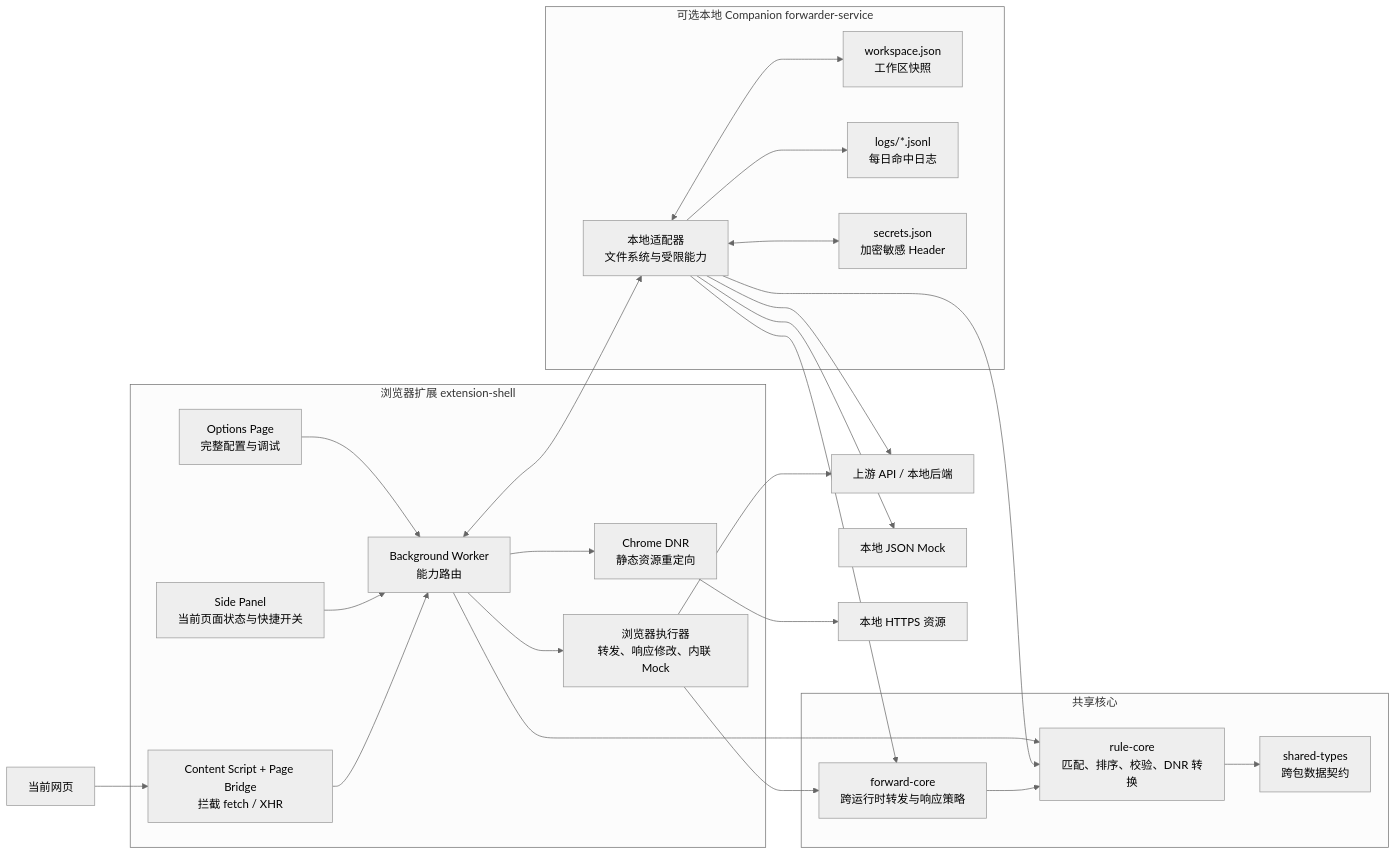
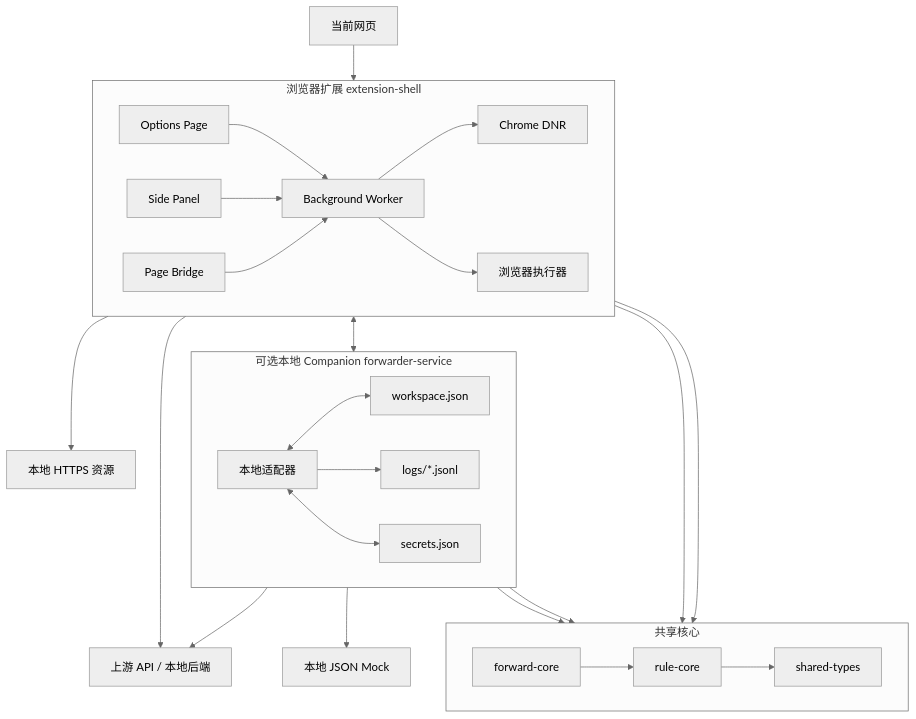
The first of 4 diagrams in README.zh-CN.md (real-jacket/resource-forwarder), drawn with Mermaid (neutral theme) before and after one commit. The commit also changed other lines of this file and 1 other file, not shown here.

Commit message:
docs: fix GitHub flowchart rendering

````diff
--- a/README.zh-CN.md
+++ b/README.zh-CN.md
@@ -85,50 +85,53 @@
 ```mermaid
-flowchart LR
+flowchart TB
   subgraph Extension["浏览器扩展 extension-shell"]
-    Options["Options Page<br/>完整配置与调试"]
-    SidePanel["Side Panel<br/>当前页面状态与快捷开关"]
-    Background["Background Worker<br/>能力路由"]
-    BrowserExecutor["浏览器执行器<br/>转发、响应修改、内联 Mock"]
-    Bridge["Content Script + Page Bridge<br/>拦截 fetch / XHR"]
-    DNR["Chrome DNR<br/>静态资源重定向"]
+    direction LR
+    Options["Options Page"]
+    SidePanel["Side Panel"]
+    Bridge["Page Bridge"]
+    Background["Background Worker"]
+    BrowserExecutor["浏览器执行器"]
+    DNR["Chrome DNR"]
   end
 
   subgraph Core["共享核心"]
-    Types["shared-types<br/>跨包数据契约"]
-    RuleCore["rule-core<br/>匹配、排序、校验、DNR 转换"]
-    ForwardCore["forward-core<br/>跨运行时转发与响应策略"]
+    direction LR
+    Types["shared-types"]
+    RuleCore["rule-core"]
+    ForwardCore["forward-core"]
   end
 
   subgraph Service["可选本地 Companion forwarder-service"]
-    Forward["本地适配器<br/>文件系统与受限能力"]
-    Workspace["workspace.json<br/>工作区快照"]
-    Logs["logs/*.jsonl<br/>每日命中日志"]
-    Secrets["secrets.json<br/>加密敏感 Header"]
+    direction LR
+    Forward["本地适配器"]
+    Workspace["workspace.json"]
+    Logs["logs/*.jsonl"]
+    Secrets["secrets.json"]
   end
 
   Page["当前网页"]
   Upstream["上游 API / 本地后端"]
   MockFile["本地 JSON Mock"]
   Assets["本地 HTTPS 资源"]
 
   Options --> Background
   SidePanel --> Background
   Page --> Bridge
   Bridge --> Background
   Background --> DNR
   Background --> BrowserExecutor
   Background <--> Forward
   Background --> RuleCore
   Forward --> RuleCore
   BrowserExecutor --> ForwardCore
   Forward --> ForwardCore
   RuleCore --> Types
   ForwardCore --> RuleCore
   Forward <--> Workspace
   Forward --> Logs
   Forward <--> Secrets
   DNR --> Assets
   BrowserExecutor --> Upstream
   Forward --> Upstream
   Forward --> MockFile
 ```
````
